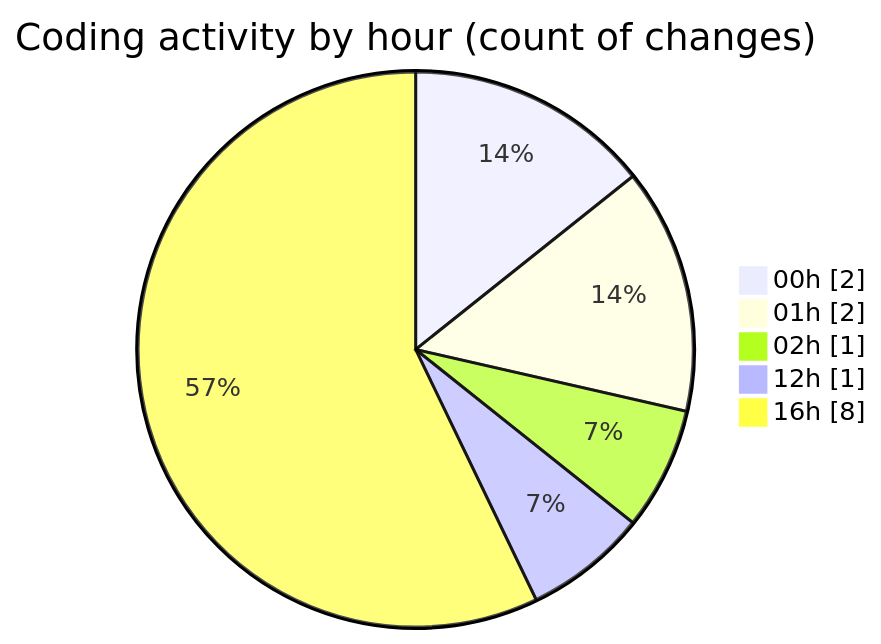
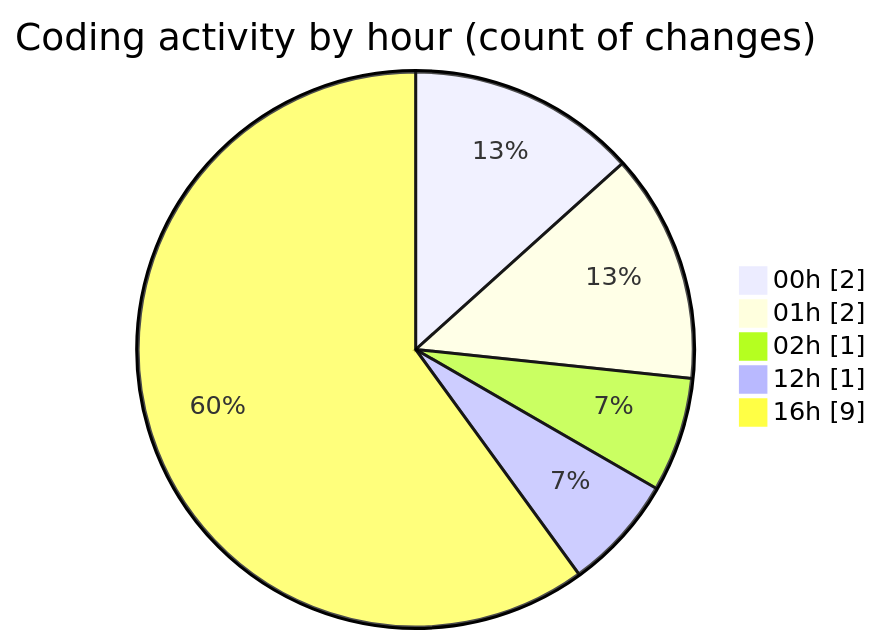
One commit to shibass792/code-tracking changed the second of 2 diagrams in 2026-07-09/twenty_versions_aminor/README.md. Above: the diagram before and after it, drawn with Mermaid. The commit also changed other lines of this file and 1 other file, not shown here.

````diff
--- a/2026-07-09/twenty_versions_aminor/README.md
+++ b/2026-07-09/twenty_versions_aminor/README.md
@@ -35,9 +35,9 @@
 ```mermaid
 pie showData
 title Coding activity by hour (count of changes)
 "00h" : 2
 "01h" : 2
 "02h" : 1
 "12h" : 1
-"16h" : 8
+"16h" : 9
 ```
````
